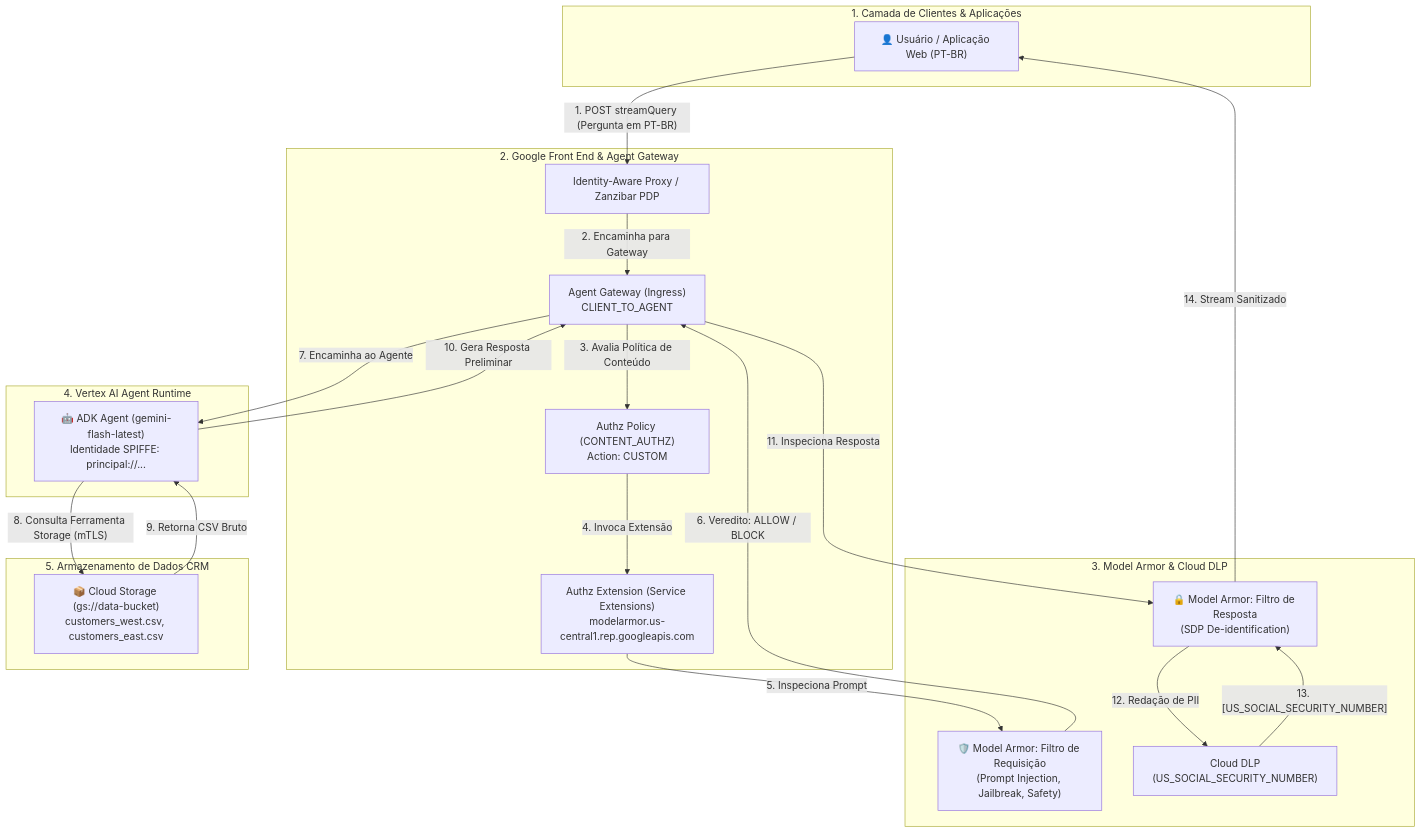
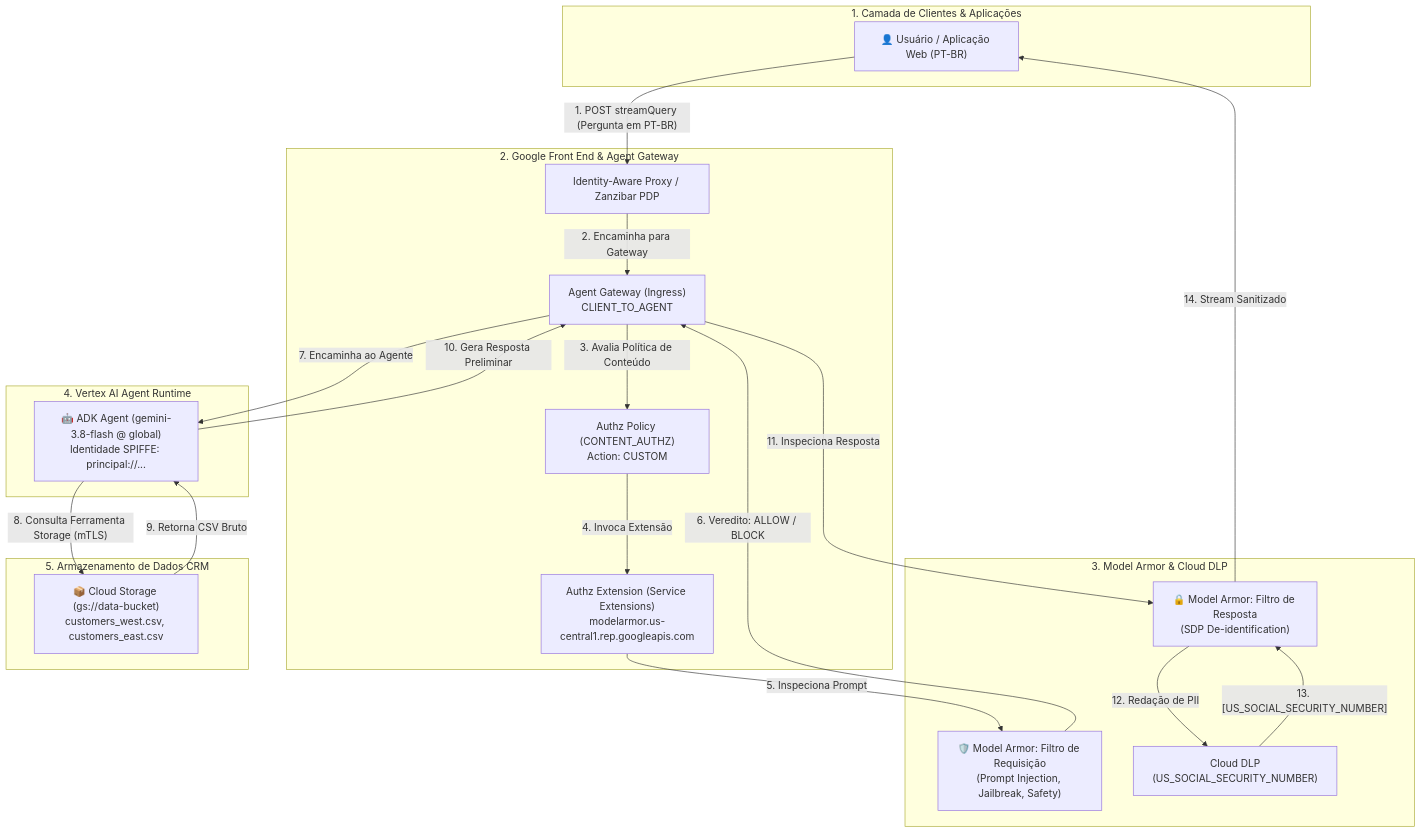
The diagram in demos/01-agw-arun-ingress-modar/README.md (carlosmscabral/cabral-governance-ai), drawn with Mermaid before and after one commit. The commit also changed other lines of this file and 11 other files, not shown here.

Commit message:
feat(governance): standardize gemini-3.8-flash (global), Argolis config, AGENTS.md contract, and weekly self-healing CI

````diff
--- a/demos/01-agw-arun-ingress-modar/README.md
+++ b/demos/01-agw-arun-ingress-modar/README.md
@@ -20,43 +20,43 @@
 ```mermaid
 flowchart TD
     subgraph ClientLayer["1. Camada de Clientes & Aplicações"]
         Client["👤 Usuário / Aplicação Web (PT-BR)"]
     end
 
     subgraph GatewayLayer["2. Google Front End & Agent Gateway"]
         IAP["Identity-Aware Proxy / Zanzibar PDP"]
         AGW["Agent Gateway (Ingress)\nCLIENT_TO_AGENT"]
         AuthzPolicy["Authz Policy (CONTENT_AUTHZ)\nAction: CUSTOM"]
         AuthzExt["Authz Extension (Service Extensions)\nmodelarmor.us-central1.rep.googleapis.com"]
     end
 
     subgraph GuardrailsLayer["3. Model Armor & Cloud DLP"]
         MA_REQ["🛡️ Model Armor: Filtro de Requisição\n(Prompt Injection, Jailbreak, Safety)"]
         MA_RESP["🔒 Model Armor: Filtro de Resposta\n(SDP De-identification)"]
         DLP["Cloud DLP\n(US_SOCIAL_SECURITY_NUMBER)"]
     end
 
     subgraph RuntimeLayer["4. Vertex AI Agent Runtime"]
-        RE["🤖 ADK Agent (gemini-flash-latest)\nIdentidade SPIFFE: principal://..."]
+        RE["🤖 ADK Agent (gemini-3.8-flash @ global)\nIdentidade SPIFFE: principal://..."]
     end
 
     subgraph StorageLayer["5. Armazenamento de Dados CRM"]
         GCS["📦 Cloud Storage (gs://data-bucket)\ncustomers_west.csv, customers_east.csv"]
     end
 
     %% Fluxo de Ingress
     Client -->|"1. POST streamQuery (Pergunta em PT-BR)"| IAP
     IAP -->|"2. Encaminha para Gateway"| AGW
     AGW -->|"3. Avalia Política de Conteúdo"| AuthzPolicy
     AuthzPolicy -->|"4. Invoca Extensão"| AuthzExt
     AuthzExt -->|"5. Inspeciona Prompt"| MA_REQ
     MA_REQ -->|"6. Veredito: ALLOW / BLOCK"| AGW
     AGW -->|"7. Encaminha ao Agente"| RE
     RE -->|"8. Consulta Ferramenta Storage (mTLS)"| GCS
     GCS -->|"9. Retorna CSV Bruto"| RE
     RE -->|"10. Gera Resposta Preliminar"| AGW
     AGW -->|"11. Inspeciona Resposta"| MA_RESP
     MA_RESP -->|"12. Redação de PII"| DLP
     DLP -->|"13. [US_SOCIAL_SECURITY_NUMBER]"| MA_RESP
     MA_RESP -->|"14. Stream Sanitizado"| Client
 ```
````
